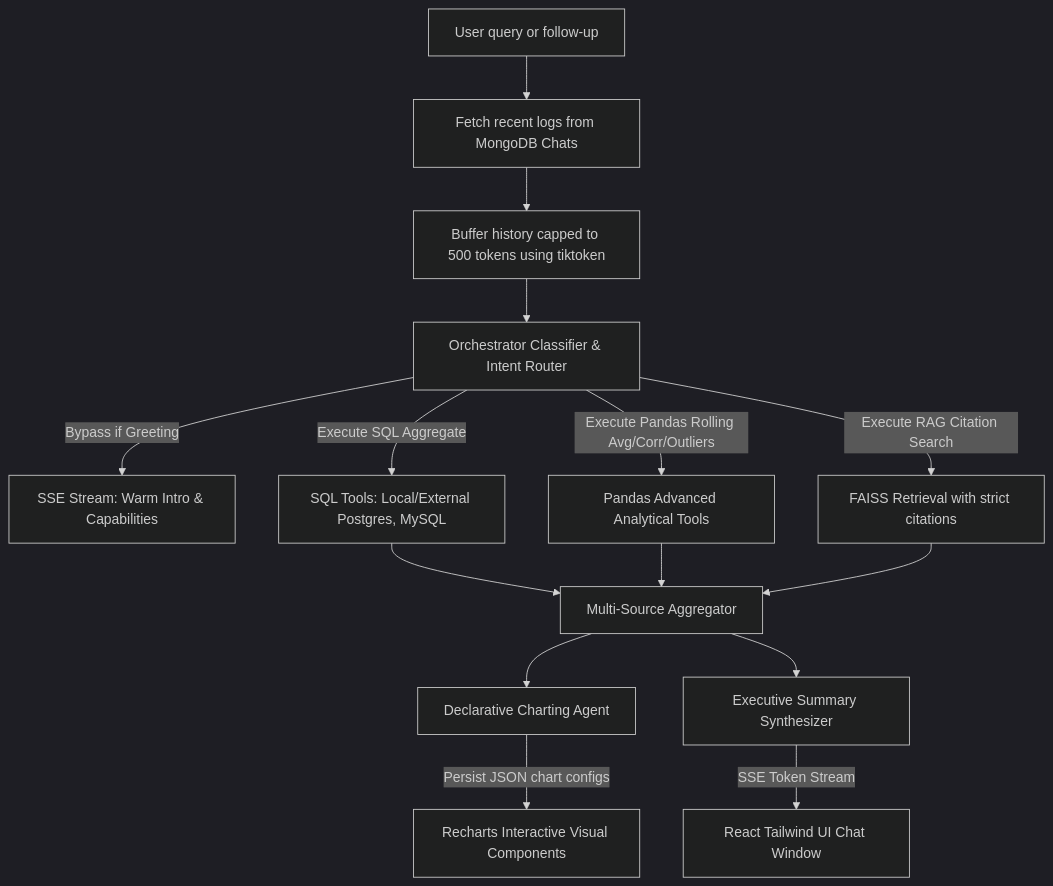
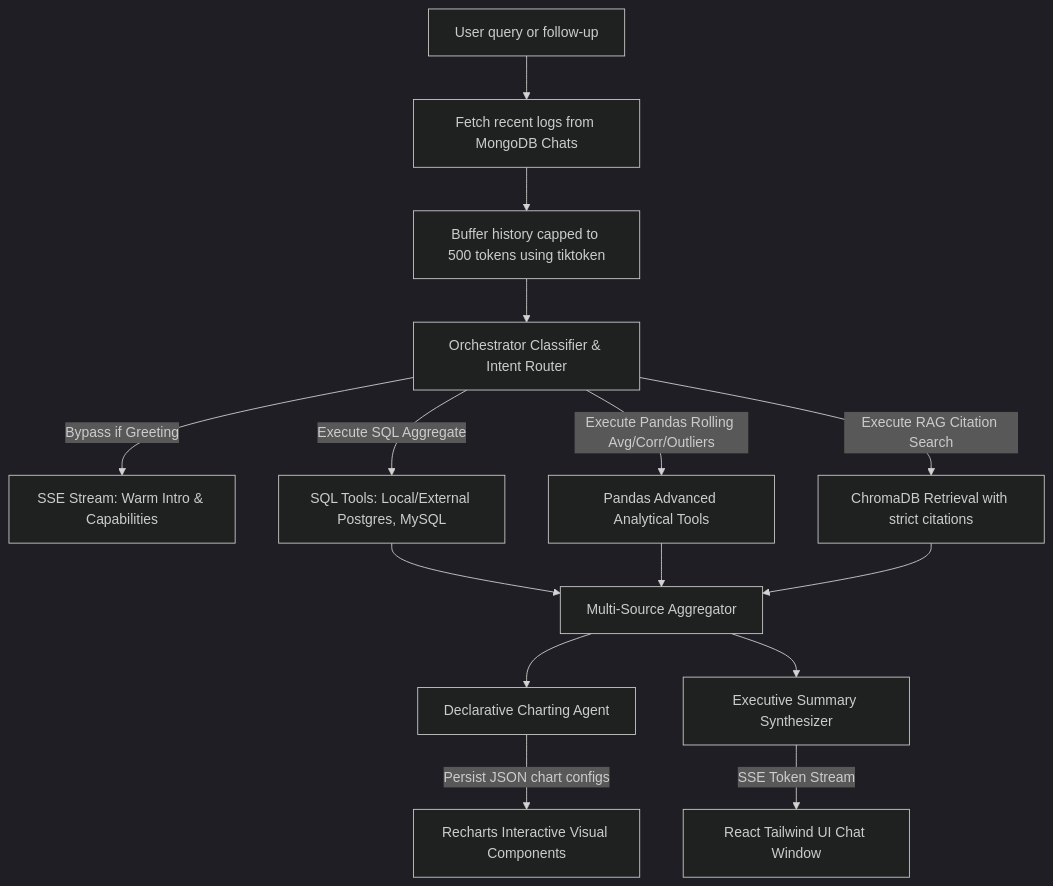
One commit to PRIME-07/Futures-First changed the second of 2 diagrams in README.md. Above: the diagram before and after it, drawn with Mermaid (dark theme). The commit also changed other lines of this file and 20 other files, not shown here.

````diff
--- a/README.md
+++ b/README.md
@@ -45,21 +45,21 @@
 ```mermaid
 flowchart TD
     UserQuery[User query or follow-up] --> HistoryFetcher[Fetch recent logs from MongoDB Chats]
     HistoryFetcher --> TiktokenBuffer[Buffer history capped to 500 tokens using tiktoken]
     TiktokenBuffer --> Orchestrator[Orchestrator Classifier & Intent Router]
     
     Orchestrator -->|Bypass if Greeting| GreetingStream[SSE Stream: Warm Intro & Capabilities]
     Orchestrator -->|Execute SQL Aggregate| ToolSQL[SQL Tools: Local/External Postgres, MySQL]
     Orchestrator -->|Execute Pandas Rolling Avg/Corr/Outliers| ToolPandas[Pandas Advanced Analytical Tools]
-    Orchestrator -->|Execute RAG Citation Search| ToolRAG[FAISS Retrieval with strict citations]
+    Orchestrator -->|Execute RAG Citation Search| ToolRAG[ChromaDB Retrieval with strict citations]
 
     ToolSQL --> Aggregator[Multi-Source Aggregator]
     ToolPandas --> Aggregator
     ToolRAG --> Aggregator
 
     Aggregator --> ChartAgent[Declarative Charting Agent]
     ChartAgent -->|Persist JSON chart configs| Recharts[Recharts Interactive Visual Components]
     
     Aggregator --> Synthesizer[Executive Summary Synthesizer]
     Synthesizer -->|SSE Token Stream| UI[React Tailwind UI Chat Window]
 ```
````
